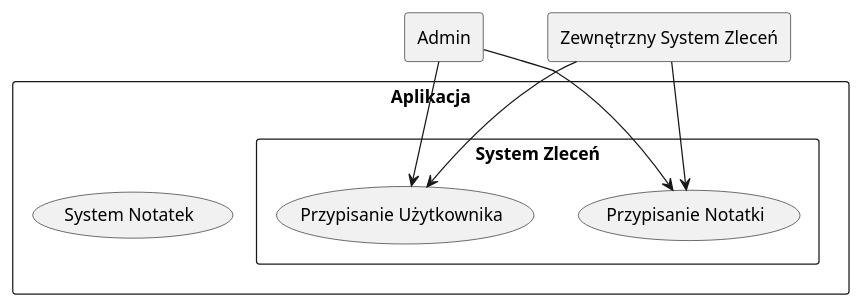
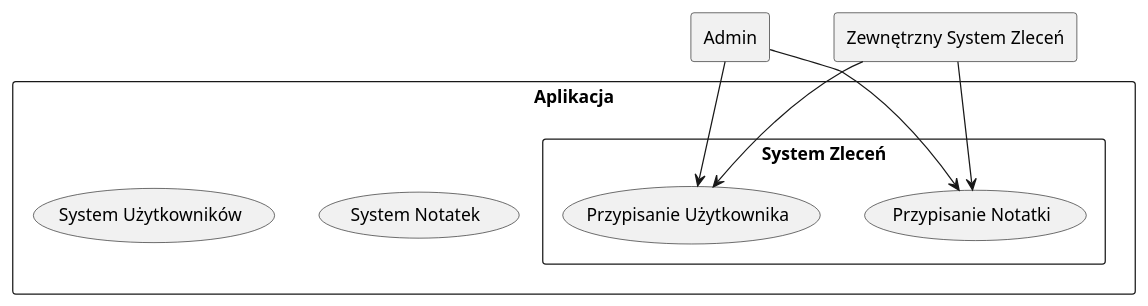
The diagram in ds.ticket.puml (m-panczyk/gn_plantuml), drawn with PlantUML before and after one commit.

Commit message:
dodanie systemów

```diff
--- a/ds.ticket.puml
+++ b/ds.ticket.puml
@@ -2,16 +2,17 @@
 @startuml
 rectangle "Admin" as admin
 rectangle "Zewnętrzny System Zleceń" as zsz
 rectangle Aplikacja as app {
 	rectangle "System Zleceń" as sz{
 		(Przypisanie Notatki) as assign_n
 		(Przypisanie Użytkownika) as assign_u
     }
     (System Notatek) as sn
+    (System Użytkowników) as su
 	
 	zsz --> assign_n
 	zsz --> assign_u
 	admin --> assign_n
 	admin --> assign_u
 }
 @enduml
```
